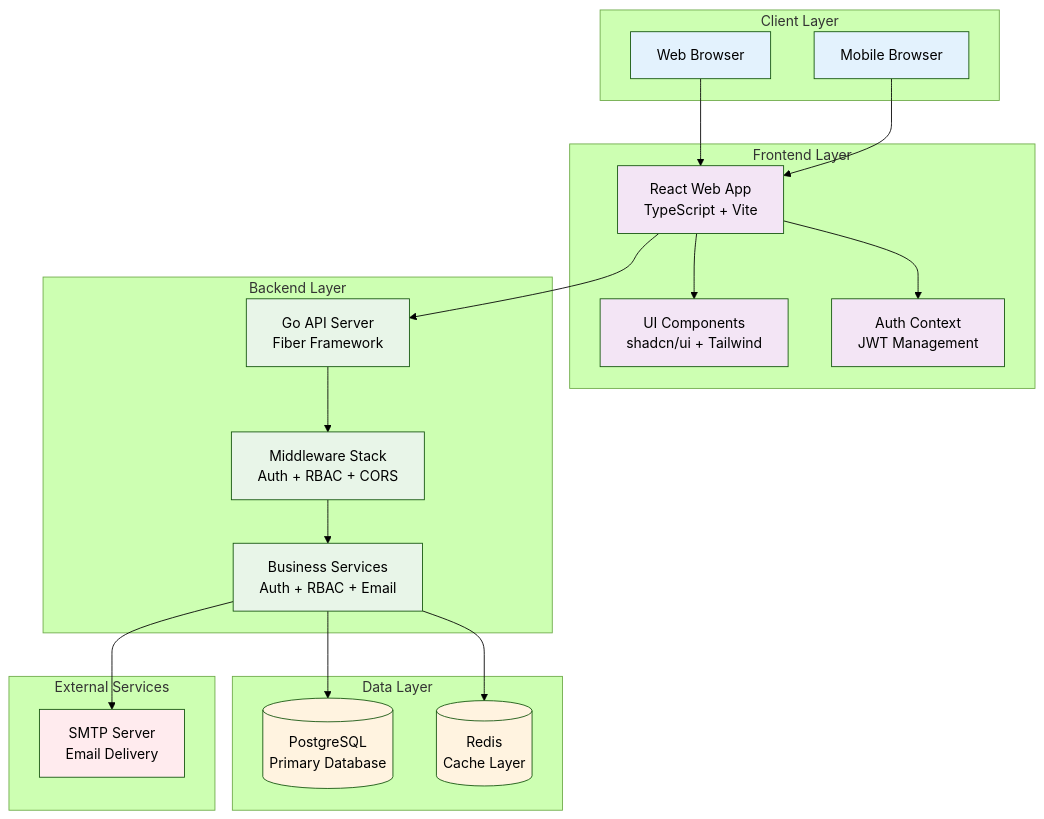
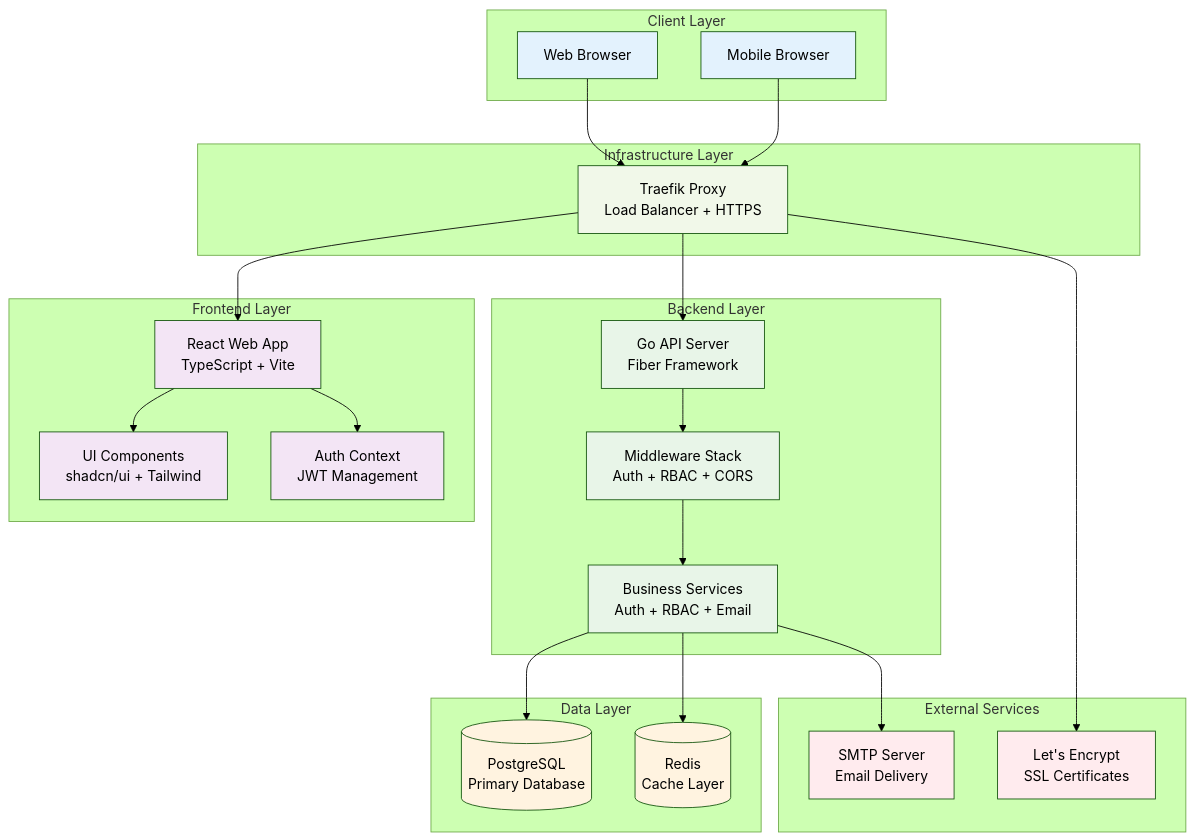
Before and after one commit to ak9024/studio45: the diagram in README.md, drawn with Mermaid (forest theme). The commit also changed other lines of this file and 3 other files, not shown here.

````diff
--- a/README.md
+++ b/README.md
@@ -44,55 +44,64 @@
 ```mermaid
 graph TB
     subgraph "Client Layer"
         BROWSER[Web Browser]
         MOBILE[Mobile Browser]
     end
     
     subgraph "Frontend Layer"
         WEB[React Web App<br/>TypeScript + Vite]
         UI[UI Components<br/>shadcn/ui + Tailwind]
         AUTH_CTX[Auth Context<br/>JWT Management]
     end
     
     subgraph "Backend Layer"
         API[Go API Server<br/>Fiber Framework]
         MIDDLEWARE[Middleware Stack<br/>Auth + RBAC + CORS]
         SERVICES[Business Services<br/>Auth + RBAC + Email]
     end
     
+    subgraph "Infrastructure Layer"
+        TRAEFIK[Traefik Proxy<br/>Load Balancer + HTTPS]
+    end
+    
     subgraph "Data Layer"
         DB[(PostgreSQL<br/>Primary Database)]
         CACHE[(Redis<br/>Cache Layer)]
     end
     
     subgraph "External Services"
         SMTP[SMTP Server<br/>Email Delivery]
+        ACME[Let's Encrypt<br/>SSL Certificates]
     end
     
     %% Connections
-    BROWSER --> WEB
-    MOBILE --> WEB
+    BROWSER --> TRAEFIK
+    MOBILE --> TRAEFIK
+    TRAEFIK --> WEB
     WEB --> UI
     WEB --> AUTH_CTX
     
-    WEB --> API
+    TRAEFIK --> API
     API --> MIDDLEWARE
     MIDDLEWARE --> SERVICES
     
     SERVICES --> DB
     SERVICES --> CACHE
     SERVICES --> SMTP
+    TRAEFIK --> ACME
     
     %% Styling
     classDef client fill:#e3f2fd
     classDef frontend fill:#f3e5f5
     classDef backend fill:#e8f5e8
+    classDef infrastructure fill:#f1f8e9
     classDef data fill:#fff3e0
     classDef external fill:#ffebee
     
     class BROWSER,MOBILE client
     class WEB,UI,AUTH_CTX frontend
     class API,MIDDLEWARE,SERVICES backend
+    class TRAEFIK infrastructure
     class DB,CACHE data
-    class SMTP external
+    class SMTP,ACME external
 ```
````
